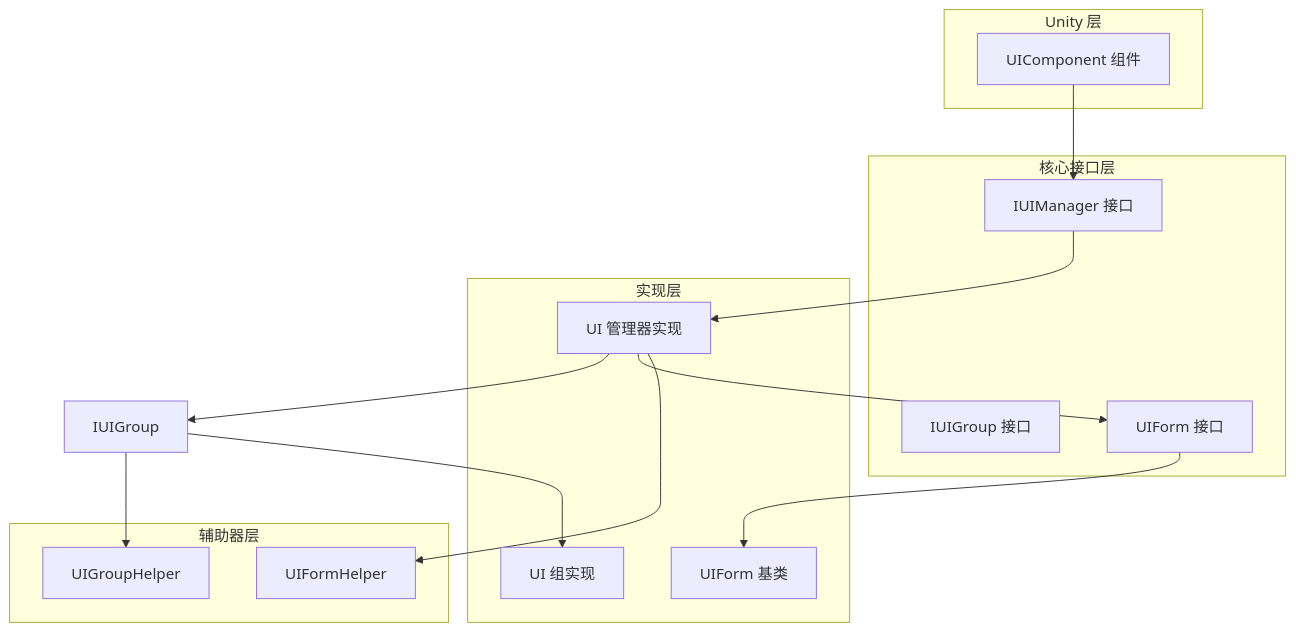
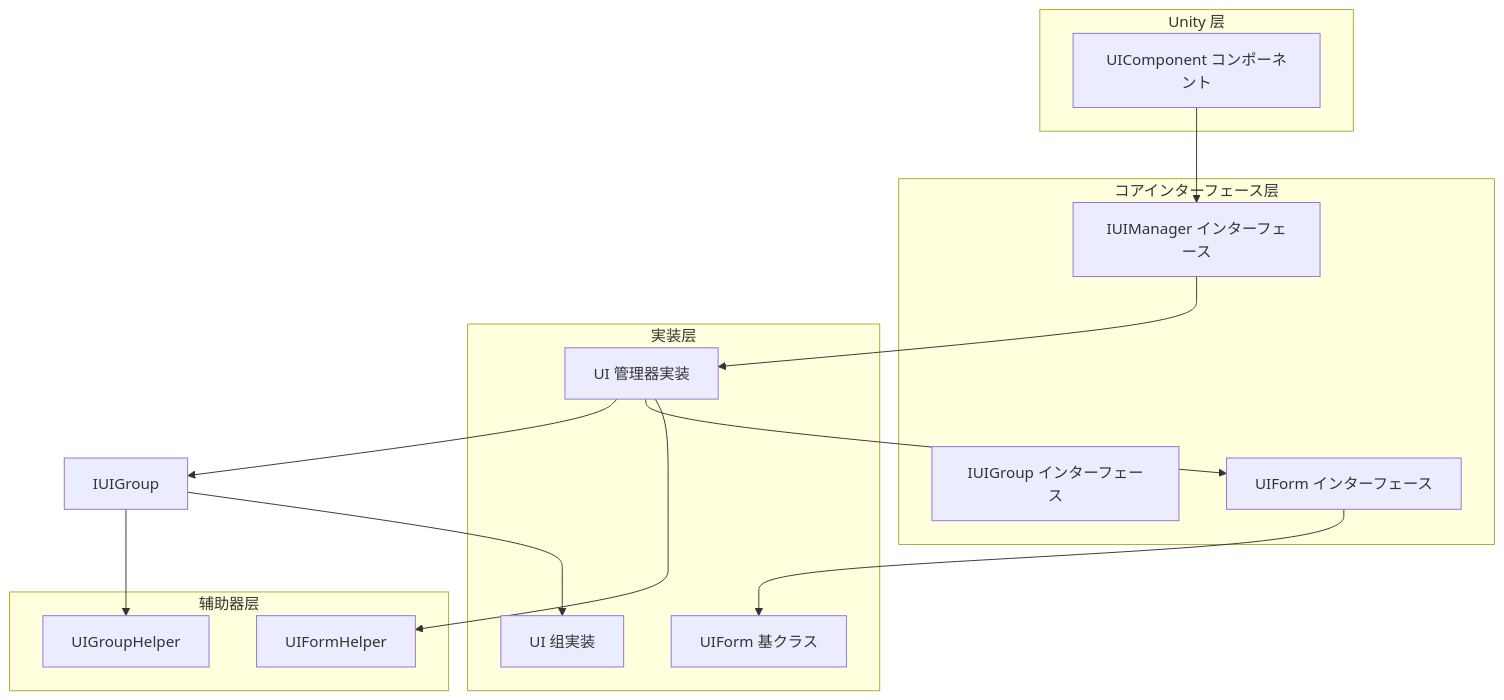
The first of 3 diagrams in docs/ja/client/unity/component/ui/03.getting-started.md (AlianBlank/GameFrameX.Docs), drawn with Mermaid before and after one commit. The commit also changed other lines of this file and 603 other files, not shown here.

````diff
--- a/docs/ja/client/unity/component/ui/03.getting-started.md
+++ b/docs/ja/client/unity/component/ui/03.getting-started.md
@@ -17,32 +17,32 @@
 ```mermaid
 graph TD
     subgraph Unity层["Unity 层"]
-        UIComp[UIComponent 组件]
+        UIComp[UIComponent コンポーネント]
     end
 
-    subgraph 核心接口层["核心接口层"]
-        IUIMgr[IUIManager 接口]
-        IUIGrp[IUIGroup 接口]
-        IUIForm[UIForm 接口]
+    subgraph コアインターフェース层["コアインターフェース层"]
+        IUIMgr[IUIManager インターフェース]
+        IUIGrp[IUIGroup インターフェース]
+        IUIForm[UIForm インターフェース]
     end
 
-    subgraph 实现层["实现层"]
-        UIMgrImpl[UI 管理器实现]
-        UIGroupImpl[UI 组实现]
-        UIFormBase[UIForm 基类]
+    subgraph 実装层["実装层"]
+        UIMgrImpl[UI 管理器実装]
+        UIGroupImpl[UI 组実装]
+        UIFormBase[UIForm 基クラス]
     end
 
     subgraph 辅助器层["辅助器层"]
         FormHelper[UIFormHelper]
         GroupHelper[UIGroupHelper]
     end
 
     UIComp --> IUIMgr
     IUIMgr --> UIMgrImpl
     UIMgrImpl --> IUIGroup
     IUIGroup --> UIGroupImpl
     UIMgrImpl --> IUIForm
     IUIForm --> UIFormBase
     UIMgrImpl --> FormHelper
     IUIGroup --> GroupHelper
 ```
````
